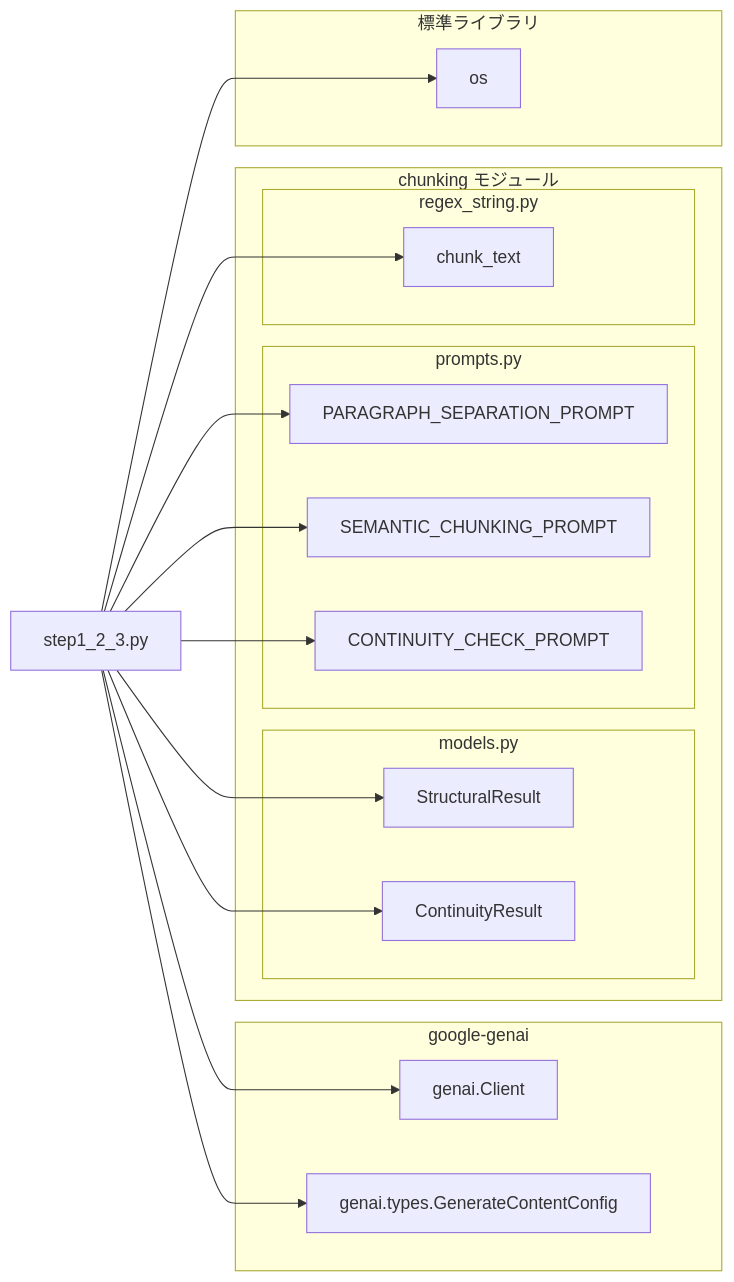
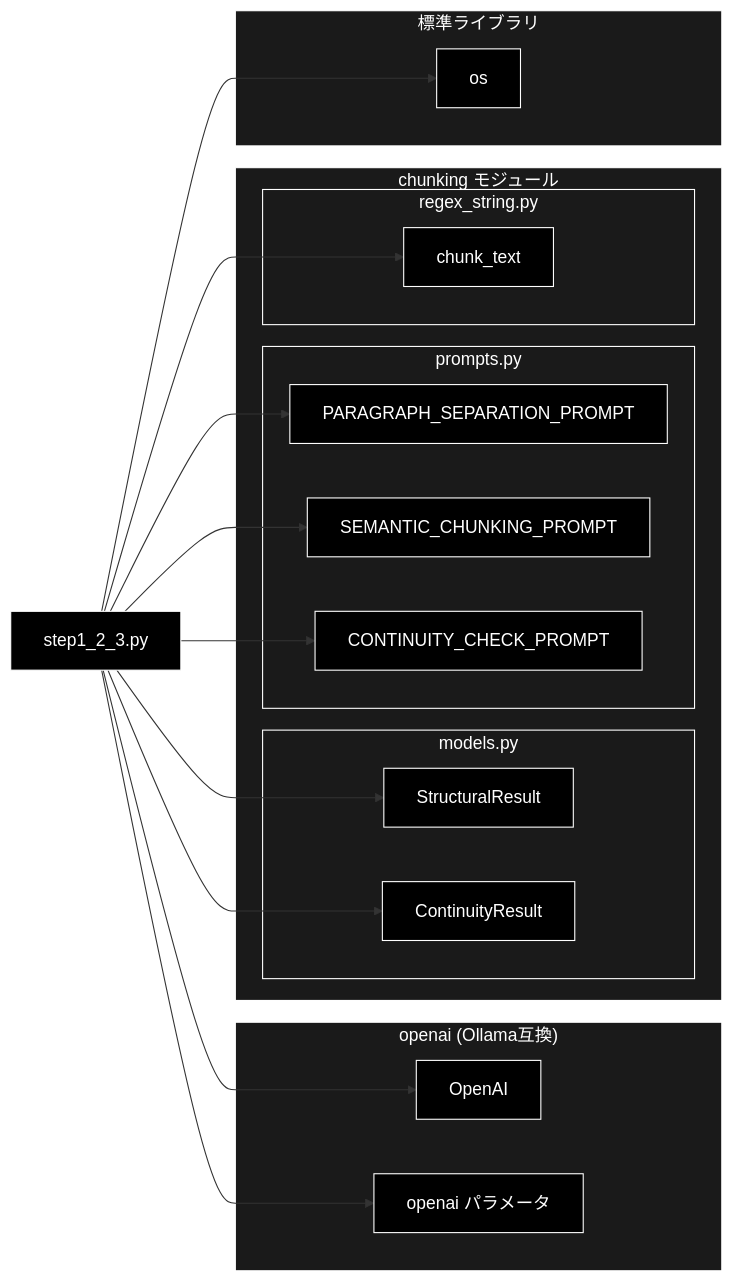
The eighth of 9 diagrams in chunking/doc/step1_2_3.md (nakashima2toshio/ollama_grace_agent_v2), drawn with Mermaid before and after one commit. The commit also changed other lines of this file and 13 other files, not shown here.

````diff
--- a/chunking/doc/step1_2_3.md
+++ b/chunking/doc/step1_2_3.md
@@ -635,38 +666,47 @@
 ```mermaid
 flowchart LR
     STEP123[step1_2_3.py]
 
-    subgraph GOOGLE["google-genai"]
-        GENAI[genai.Client]
-        TYPES[genai.types.GenerateContentConfig]
+    subgraph GOOGLE["openai (Ollama互換)"]
+        GENAI[OpenAI]
+        TYPES[openai パラメータ]
     end
 
     subgraph CHUNKING["chunking モジュール"]
         subgraph MODELS["models.py"]
             SR[StructuralResult]
             CR[ContinuityResult]
         end
         subgraph PROMPTS["prompts.py"]
             PSP[PARAGRAPH_SEPARATION_PROMPT]
             SCP[SEMANTIC_CHUNKING_PROMPT]
             CCP[CONTINUITY_CHECK_PROMPT]
         end
         subgraph REGEX["regex_string.py"]
             CT[chunk_text]
         end
     end
 
     subgraph STDLIB["標準ライブラリ"]
         OS[os]
     end
 
     STEP123 --> GENAI
     STEP123 --> TYPES
     STEP123 --> SR
     STEP123 --> CR
     STEP123 --> PSP
     STEP123 --> SCP
     STEP123 --> CCP
     STEP123 --> CT
     STEP123 --> OS
+classDef default fill:#000,stroke:#fff,color:#fff
+classDef subgraphStyle fill:#1a1a1a,stroke:#fff,color:#fff
+class STEP123,GENAI,TYPES,SR,CR,PSP,SCP,CCP,CT,OS default
+style GOOGLE fill:#1a1a1a,stroke:#fff,color:#fff
+style CHUNKING fill:#1a1a1a,stroke:#fff,color:#fff
+style MODELS fill:#1a1a1a,stroke:#fff,color:#fff
+style PROMPTS fill:#1a1a1a,stroke:#fff,color:#fff
+style REGEX fill:#1a1a1a,stroke:#fff,color:#fff
+style STDLIB fill:#1a1a1a,stroke:#fff,color:#fff
 ```
````
